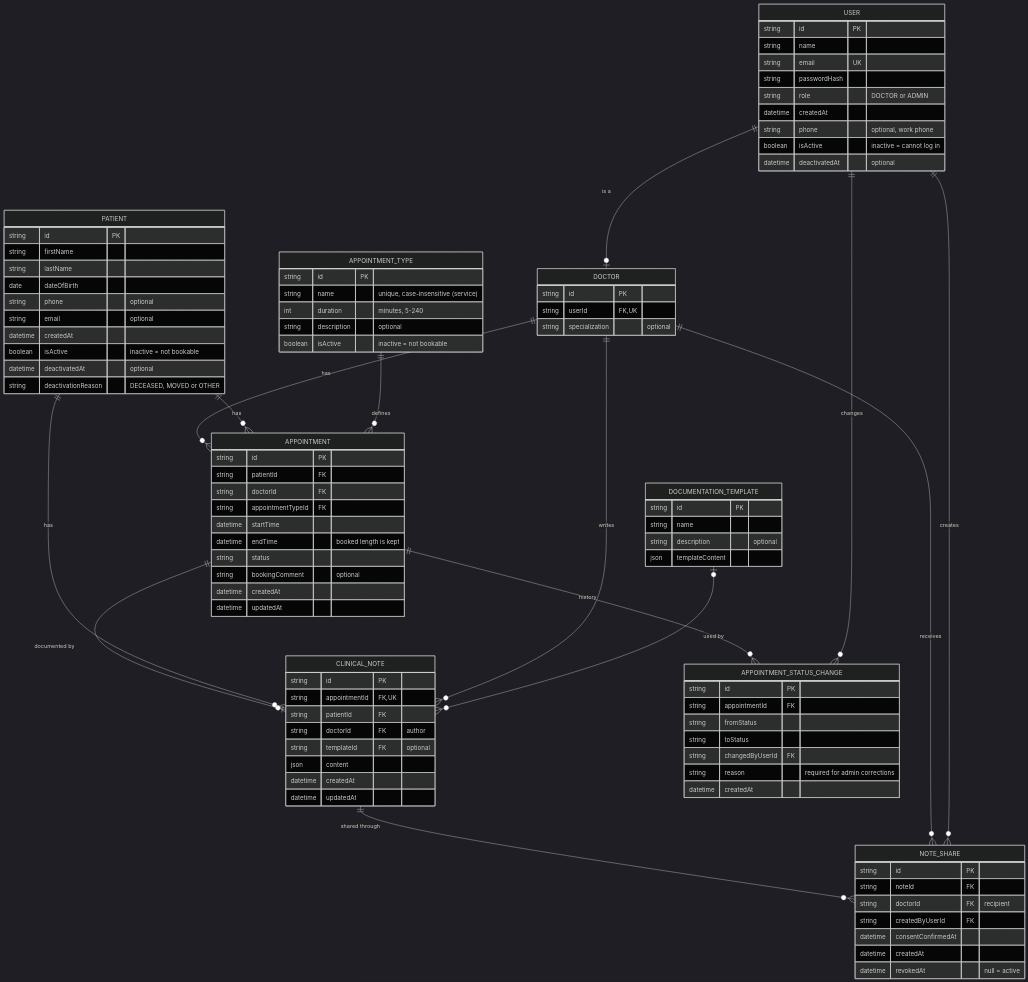
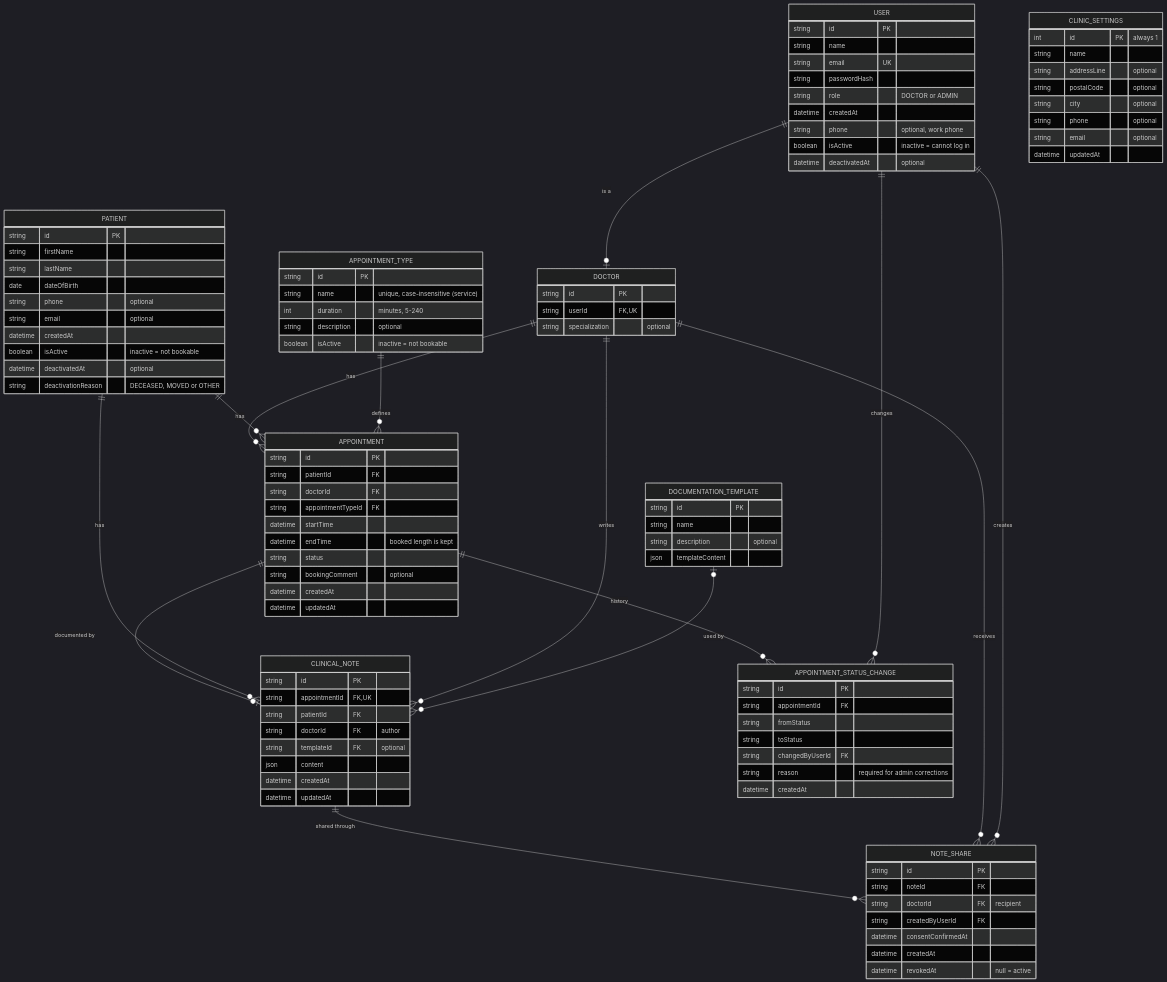
Before and after one commit to MohYab/Puls: the diagram in docs/er-diagram.md, drawn with Mermaid (dark theme). The commit also changed 20 other files, not shown here.

Commit message:
feat: clinic settings – name, address and contact shown in the app (plan 2b.7, decisions #55)

````diff
--- a/docs/er-diagram.md
+++ b/docs/er-diagram.md
@@ -106,4 +106,14 @@
         string reason "required for admin corrections"
         datetime createdAt
     }
+        CLINIC_SETTINGS {
+        int id PK "always 1"
+        string name
+        string addressLine "optional"
+        string postalCode "optional"
+        string city "optional"
+        string phone "optional"
+        string email "optional"
+        datetime updatedAt
+    }
 ```
````
